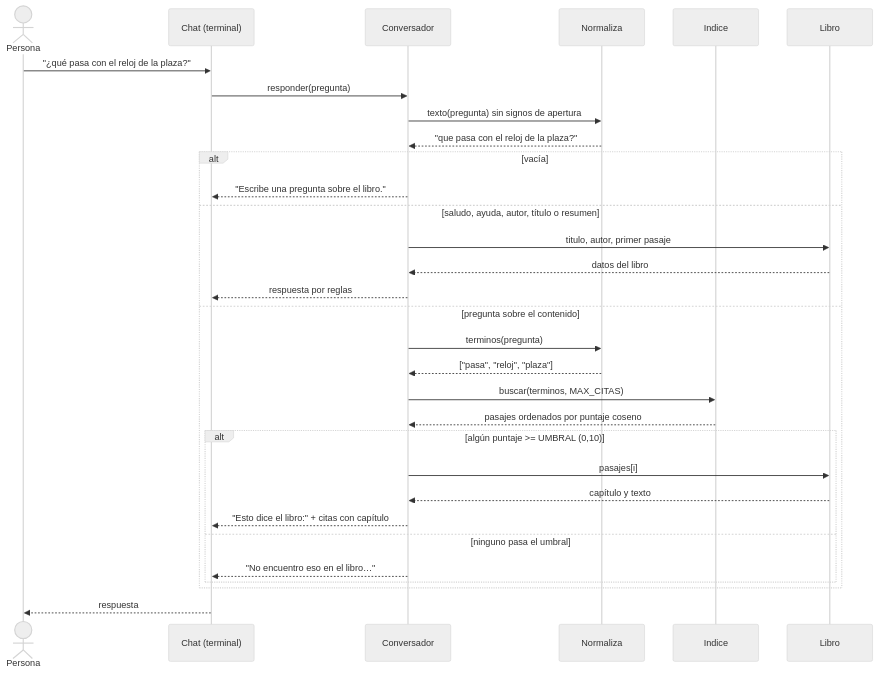
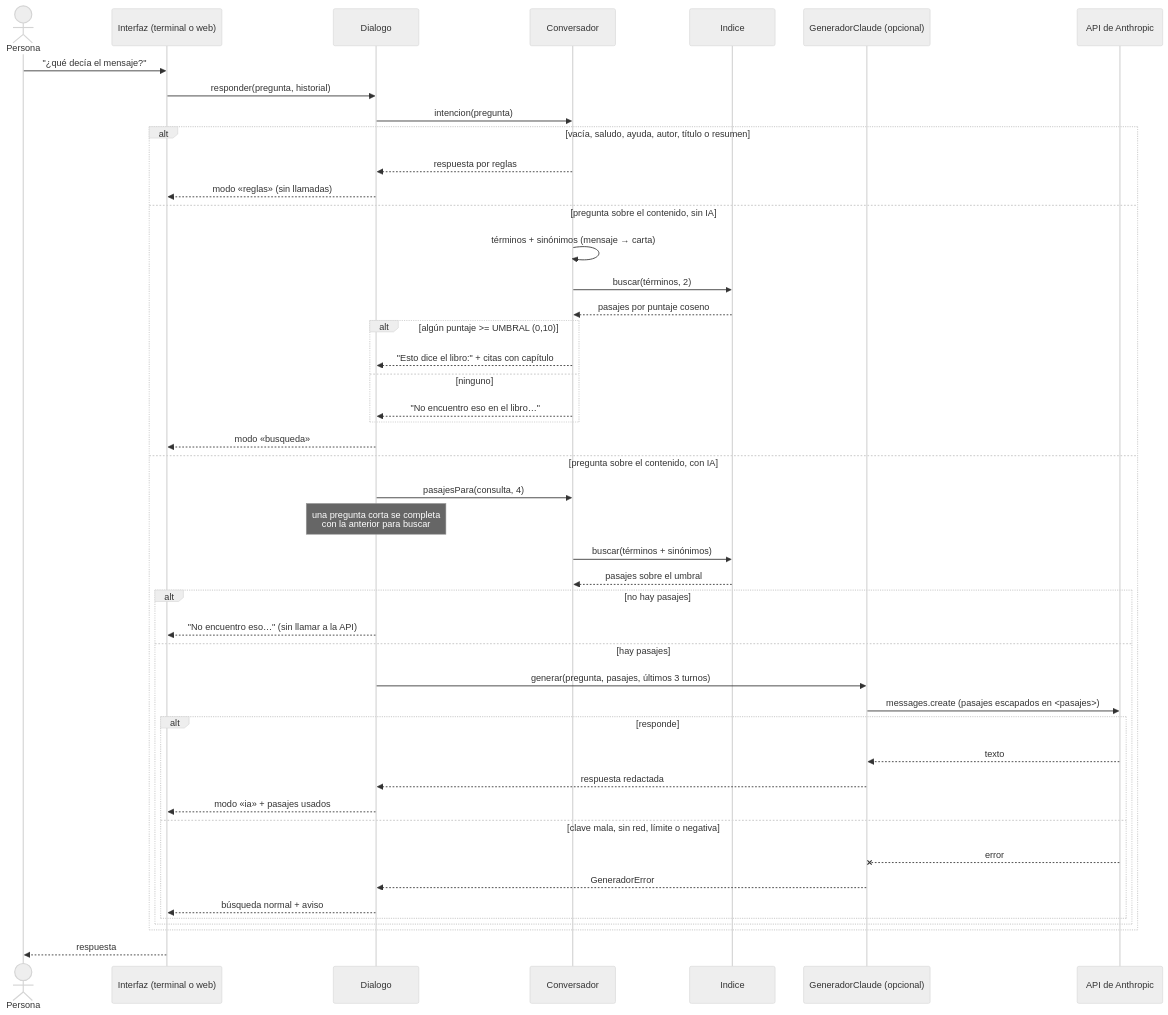
Before and after one commit to lol-protocol/php: the diagram in chat-con-libros/docs/flujo-pregunta.mmd, drawn with Mermaid (neutral theme). The commit also changed 34 other files, not shown here.

First line of the commit message:
chat-con-libros: página web, sinónimos y modo opcional con IA (Claude)

```diff
--- a/chat-con-libros/docs/flujo-pregunta.mmd
+++ b/chat-con-libros/docs/flujo-pregunta.mmd
@@ -1,34 +1,49 @@
-%% Qué pasa cuando la persona hace una pregunta.
+%% Qué pasa cuando la persona hace una pregunta (terminal o web).
 sequenceDiagram
     actor P as Persona
-    participant C as Chat (terminal)
+    participant U as Interfaz (terminal o web)
+    participant D as Dialogo
     participant V as Conversador
-    participant N as Normaliza
     participant I as Indice
-    participant L as Libro
+    participant G as GeneradorClaude (opcional)
+    participant A as API de Anthropic
 
-    P->>C: "¿qué pasa con el reloj de la plaza?"
-    C->>V: responder(pregunta)
-    V->>N: texto(pregunta) sin signos de apertura
-    N-->>V: "que pasa con el reloj de la plaza?"
+    P->>U: "¿qué decía el mensaje?"
+    U->>D: responder(pregunta, historial)
+    D->>V: intencion(pregunta)
 
-    alt vacía
-        V-->>C: "Escribe una pregunta sobre el libro."
-    else saludo, ayuda, autor, título o resumen
-        V->>L: titulo, autor, primer pasaje
-        L-->>V: datos del libro
-        V-->>C: respuesta por reglas
-    else pregunta sobre el contenido
-        V->>N: terminos(pregunta)
-        N-->>V: ["pasa", "reloj", "plaza"]
-        V->>I: buscar(terminos, MAX_CITAS)
-        I-->>V: pasajes ordenados por puntaje coseno
+    alt vacía, saludo, ayuda, autor, título o resumen
+        V-->>D: respuesta por reglas
+        D-->>U: modo «reglas» (sin llamadas)
+    else pregunta sobre el contenido, sin IA
+        V->>V: términos + sinónimos (mensaje → carta)
+        V->>I: buscar(términos, 2)
+        I-->>V: pasajes por puntaje coseno
         alt algún puntaje >= UMBRAL (0,10)
-            V->>L: pasajes[i]
-            L-->>V: capítulo y texto
-            V-->>C: "Esto dice el libro:" + citas con capítulo
-        else ninguno pasa el umbral
-            V-->>C: "No encuentro eso en el libro…"
+            V-->>D: "Esto dice el libro:" + citas con capítulo
+        else ninguno
+            V-->>D: "No encuentro eso en el libro…"
+        end
+        D-->>U: modo «busqueda»
+    else pregunta sobre el contenido, con IA
+        D->>V: pasajesPara(consulta, 4)
+        Note over D: una pregunta corta se completa<br/>con la anterior para buscar
+        V->>I: buscar(términos + sinónimos)
+        I-->>V: pasajes sobre el umbral
+        alt no hay pasajes
+            D-->>U: "No encuentro eso…" (sin llamar a la API)
+        else hay pasajes
+            D->>G: generar(pregunta, pasajes, últimos 3 turnos)
+            G->>A: messages.create (pasajes escapados en <pasajes>)
+            alt responde
+                A-->>G: texto
+                G-->>D: respuesta redactada
+                D-->>U: modo «ia» + pasajes usados
+            else clave mala, sin red, límite o negativa
+                A--xG: error
+                G-->>D: GeneradorError
+                D-->>U: búsqueda normal + aviso
+            end
         end
     end
-    C-->>P: respuesta
+    U-->>P: respuesta
```
